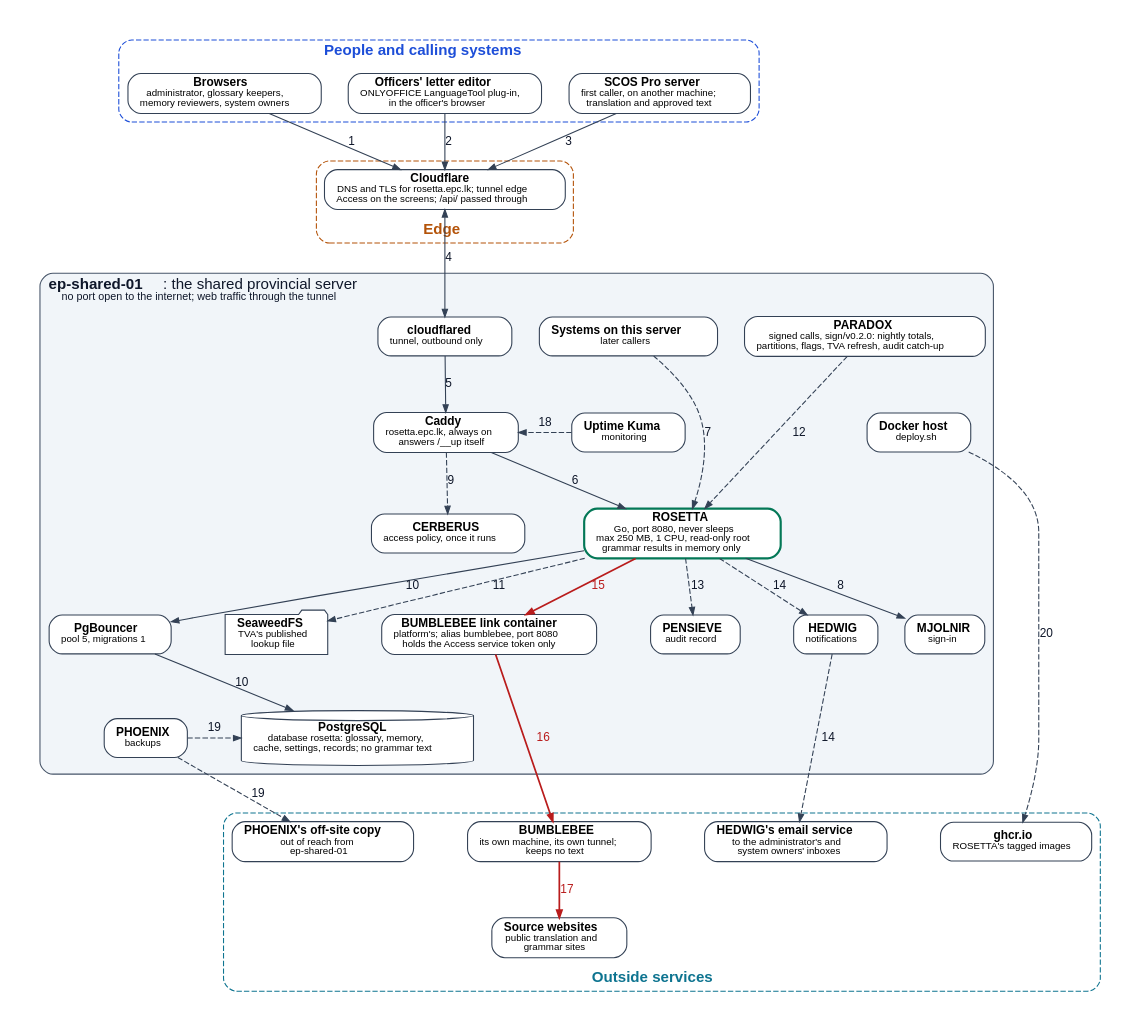
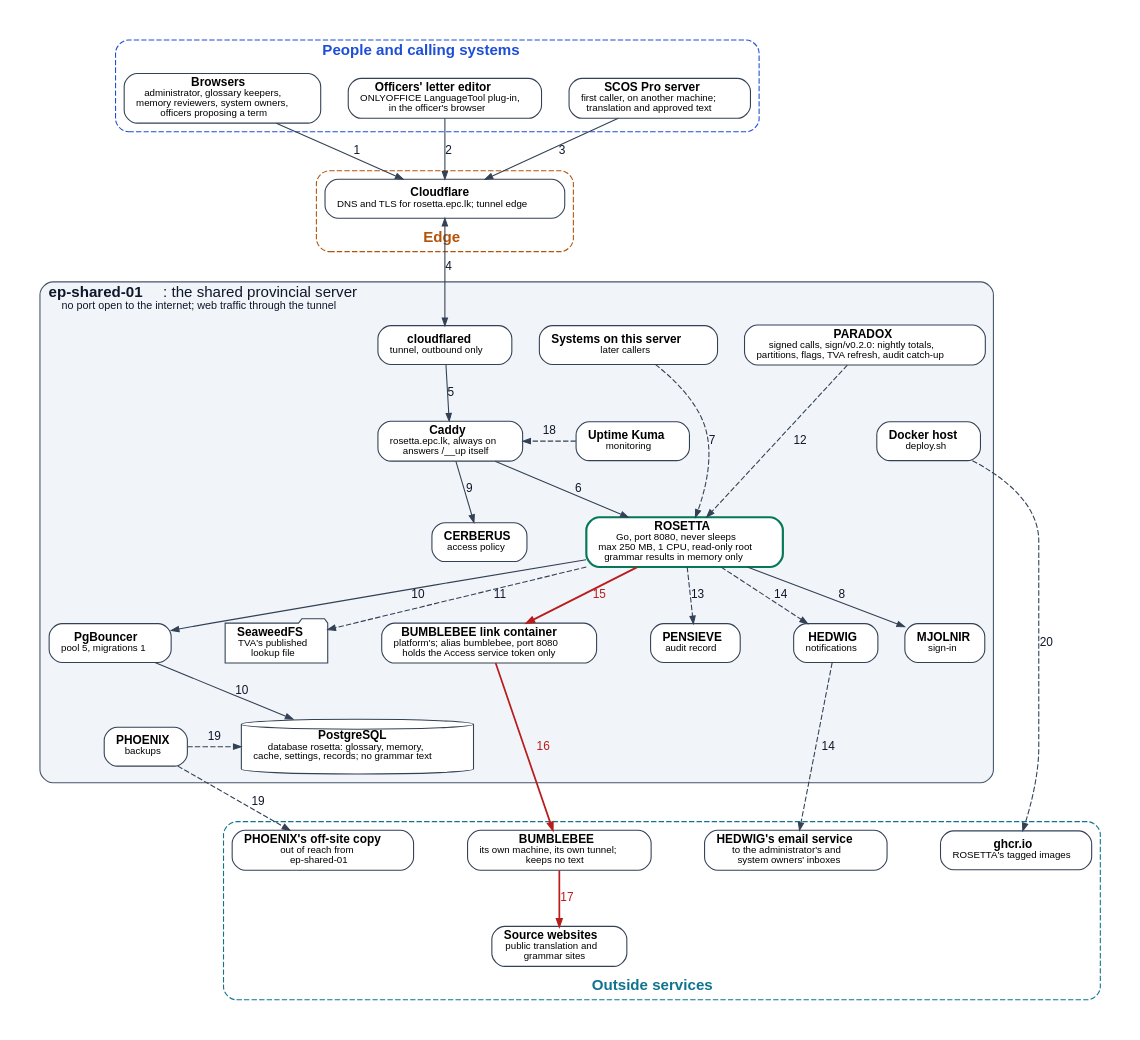
Before and after one commit to Rumeasiyan/rosetta: the diagram in docs/diagrams/rosetta-architecture.dot, drawn with Graphviz. The commit also changed 5 other files, not shown here.

```diff
--- a/docs/diagrams/rosetta-architecture.dot
+++ b/docs/diagrams/rosetta-architecture.dot
@@ -1,91 +1,91 @@
 // ROSETTA technical architecture (Annex B of docs/ROSETTA-PRD.md).
 // Render from the repository root:
 //   dot -Tsvg docs/diagrams/rosetta-architecture.dot -o docs/diagrams/rosetta-architecture.svg
 // The numbers on the links must match the table in Annex B, row for row.
 // Red links carry text on its way to outside websites; dashed links are periodic, occasional or later.
 
 digraph rosetta_architecture {
   graph [rankdir=TB, newrank=true, nodesep=0.35, ranksep=0.55, fontname="Helvetica", pad=0.3];
   node  [shape=box, style="rounded,filled", fillcolor="white", color="#334155", fontname="Helvetica", fontsize=11, margin="0.15,0.06"];
   edge  [color="#334155", fontname="Helvetica", fontsize=11, fontcolor="#0f172a", arrowsize=0.7];
 
   subgraph cluster_people {
     label=<<B>People and calling systems</B>>; style="dashed,rounded"; color="#1d4ed8"; fontcolor="#1d4ed8";
-    browsers [label=<<B>Browsers</B><BR/><FONT POINT-SIZE="9">administrator, glossary keepers,<BR/>memory reviewers, system owners</FONT>>];
+    browsers [label=<<B>Browsers</B><BR/><FONT POINT-SIZE="9">administrator, glossary keepers,<BR/>memory reviewers, system owners,<BR/>officers proposing a term</FONT>>];
     editor   [label=<<B>Officers' letter editor</B><BR/><FONT POINT-SIZE="9">ONLYOFFICE LanguageTool plug-in,<BR/>in the officer's browser</FONT>>];
     scospro  [label=<<B>SCOS Pro server</B><BR/><FONT POINT-SIZE="9">first caller, on another machine;<BR/>translation and approved text</FONT>>];
   }
 
   subgraph cluster_edge {
     label=<<B>Edge</B>>; labelloc=b; style="dashed,rounded"; color="#b45309"; fontcolor="#b45309";
-    cloudflare [label=<<B>Cloudflare</B><BR/><FONT POINT-SIZE="9">DNS and TLS for rosetta.epc.lk; tunnel edge<BR/>Access on the screens; /api/ passed through</FONT>>];
+    cloudflare [label=<<B>Cloudflare</B><BR/><FONT POINT-SIZE="9">DNS and TLS for rosetta.epc.lk; tunnel edge</FONT>>];
   }
 
   subgraph cluster_server {
     label=<<B>ep-shared-01</B>: the shared provincial server<BR/><FONT POINT-SIZE="10">no port open to the internet; web traffic through the tunnel</FONT>>;
     style="filled,rounded"; fillcolor="#f1f5f9"; color="#475569"; fontcolor="#0f172a"; labeljust=l;
 
     cloudflared [label=<<B>cloudflared</B><BR/><FONT POINT-SIZE="9">tunnel, outbound only</FONT>>];
     systems     [label=<<B>Systems on this server</B><BR/><FONT POINT-SIZE="9">later callers</FONT>>];
     paradox     [label=<<B>PARADOX</B><BR/><FONT POINT-SIZE="9">signed calls, sign/v0.2.0: nightly totals,<BR/>partitions, flags, TVA refresh, audit catch-up</FONT>>];
     caddy       [label=<<B>Caddy</B><BR/><FONT POINT-SIZE="9">rosetta.epc.lk, always on<BR/>answers /__up itself</FONT>>];
     kuma        [label=<<B>Uptime Kuma</B><BR/><FONT POINT-SIZE="9">monitoring</FONT>>];
     docker      [label=<<B>Docker host</B><BR/><FONT POINT-SIZE="9">deploy.sh</FONT>>];
-    cerberus    [label=<<B>CERBERUS</B><BR/><FONT POINT-SIZE="9">access policy, once it runs</FONT>>];
+    cerberus    [label=<<B>CERBERUS</B><BR/><FONT POINT-SIZE="9">access policy</FONT>>];
     mjolnir     [label=<<B>MJOLNIR</B><BR/><FONT POINT-SIZE="9">sign-in</FONT>>];
     rosetta     [label=<<B>ROSETTA</B><BR/><FONT POINT-SIZE="9">Go, port 8080, never sleeps<BR/>max 250 MB, 1 CPU, read-only root<BR/>grammar results in memory only</FONT>>, color="#047857", penwidth=2];
     pensieve    [label=<<B>PENSIEVE</B><BR/><FONT POINT-SIZE="9">audit record</FONT>>];
     hedwig      [label=<<B>HEDWIG</B><BR/><FONT POINT-SIZE="9">notifications</FONT>>];
     link        [label=<<B>BUMBLEBEE link container</B><BR/><FONT POINT-SIZE="9">platform's; alias bumblebee, port 8080<BR/>holds the Access service token only</FONT>>];
     pgbouncer   [label=<<B>PgBouncer</B><BR/><FONT POINT-SIZE="9">pool 5, migrations 1</FONT>>];
     postgres    [shape=cylinder, style=filled, label=<<B>PostgreSQL</B><BR/><FONT POINT-SIZE="9">database rosetta: glossary, memory,<BR/>cache, settings, records; no grammar text</FONT>>];
     seaweed     [shape=folder, style=filled, label=<<B>SeaweedFS</B><BR/><FONT POINT-SIZE="9">TVA's published<BR/>lookup file</FONT>>];
     phoenix     [label=<<B>PHOENIX</B><BR/><FONT POINT-SIZE="9">backups</FONT>>];
 
     { rank=same; cloudflared; systems; paradox; }
     { rank=same; caddy; kuma; docker; }
     caddy -> kuma -> docker [style=invis];
     { rank=same; cerberus; rosetta; }
     cerberus -> rosetta [style=invis];
     { rank=same; mjolnir; pgbouncer; seaweed; link; pensieve; hedwig; }
     mjolnir -> pgbouncer -> seaweed -> link -> pensieve -> hedwig [style=invis];
     { rank=same; postgres; phoenix; }
   }
 
   subgraph cluster_outside {
     label=<<B>Outside services</B>>; labelloc=b; style="dashed,rounded"; color="#0e7490"; fontcolor="#0e7490";
     bumblebee [label=<<B>BUMBLEBEE</B><BR/><FONT POINT-SIZE="9">its own machine, its own tunnel;<BR/>keeps no text</FONT>>];
     websites  [label=<<B>Source websites</B><BR/><FONT POINT-SIZE="9">public translation and<BR/>grammar sites</FONT>>];
     email     [label=<<B>HEDWIG's email service</B><BR/><FONT POINT-SIZE="9">to the administrator's and<BR/>system owners' inboxes</FONT>>];
     offsite   [label=<<B>PHOENIX's off-site copy</B><BR/><FONT POINT-SIZE="9">out of reach from<BR/>ep-shared-01</FONT>>];
     ghcr      [label=<<B>ghcr.io</B><BR/><FONT POINT-SIZE="9">ROSETTA's tagged images</FONT>>];
   }
 
   { rank=same; browsers; editor; scospro; }
   { rank=same; offsite; bumblebee; email; ghcr; }
   offsite -> bumblebee -> email -> ghcr [style=invis];
 
   browsers -> cloudflare     [label="1"];
   editor -> cloudflare       [label="2"];
   scospro -> cloudflare      [label="3"];
   cloudflare -> cloudflared  [label="4", dir=both];
   cloudflared -> caddy       [label="5"];
   caddy -> rosetta           [label="6"];
   systems -> rosetta         [label="7", style=dashed];
   rosetta -> mjolnir         [label="8"];
-  caddy -> cerberus          [label="9", style=dashed];
+  caddy -> cerberus          [label="9"];
   rosetta -> pgbouncer       [label="10"];
   pgbouncer -> postgres      [label="10"];
   rosetta -> seaweed         [label="11", style=dashed];
   paradox -> rosetta         [label="12", style=dashed];
   rosetta -> pensieve        [label="13", style=dashed];
   rosetta -> hedwig          [label="14", style=dashed];
   hedwig -> email            [label="14", style=dashed];
   rosetta -> link            [label="15", color="#b91c1c", fontcolor="#b91c1c", penwidth=1.6];
   link -> bumblebee          [label="16", color="#b91c1c", fontcolor="#b91c1c", penwidth=1.6];
   bumblebee -> websites      [label="17", color="#b91c1c", fontcolor="#b91c1c", penwidth=1.6];
   kuma -> caddy              [label="18", style=dashed, constraint=false];
   phoenix -> postgres        [label="19", style=dashed, constraint=false];
   phoenix -> offsite         [label="19", style=dashed];
   docker -> ghcr             [label="20", style=dashed];
 }
```
